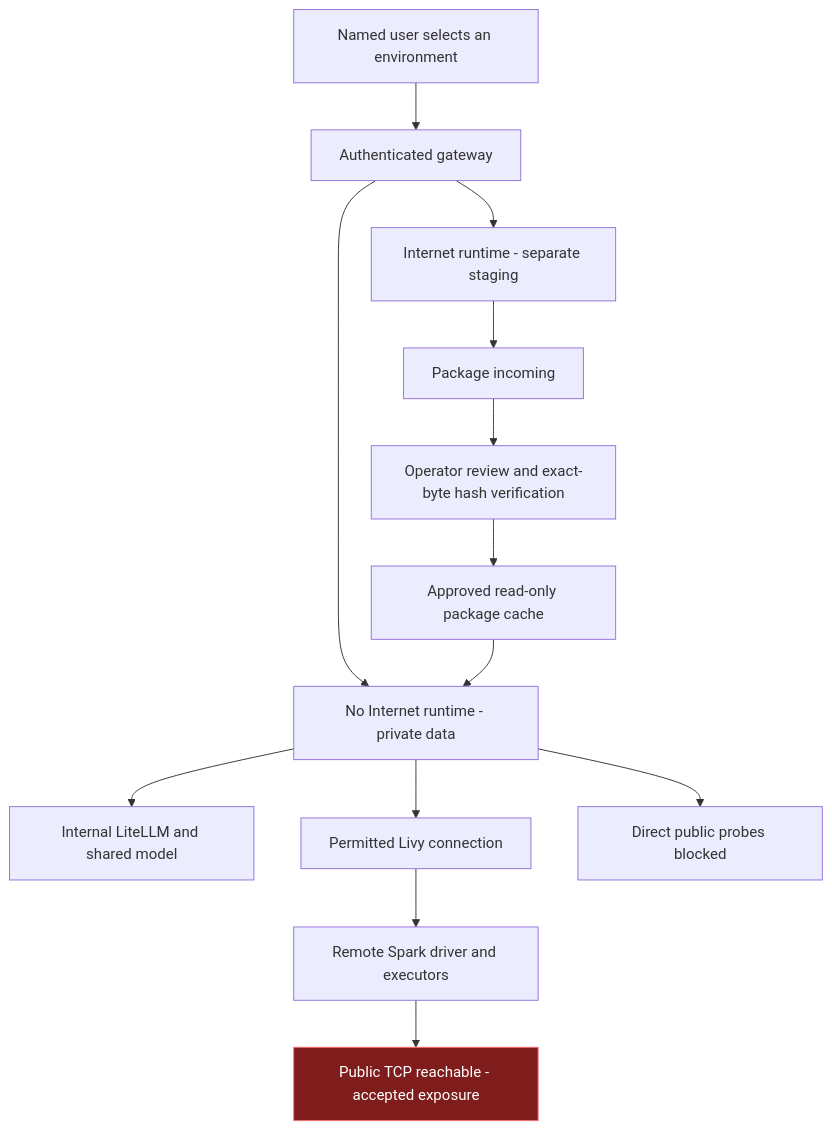
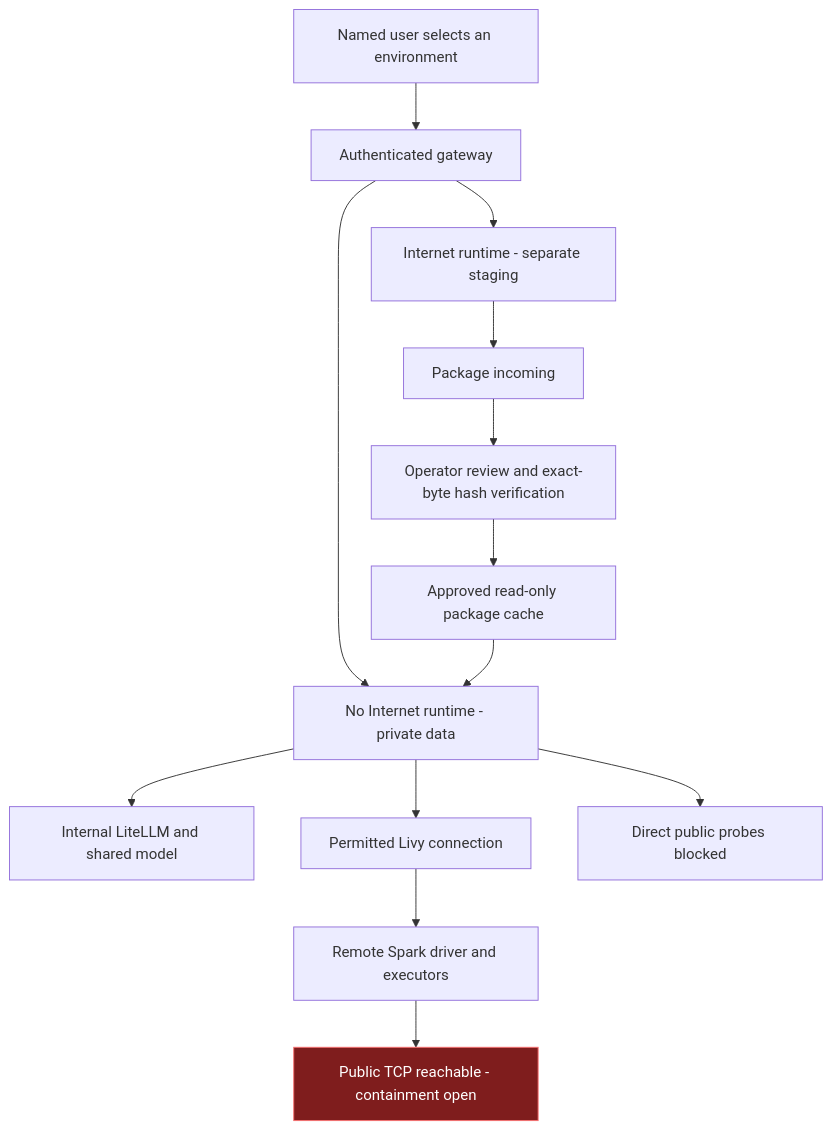
One commit to skunpoj/dsh_setup changed the first of 3 diagrams in docs/DSH_RDT_PILOT_SECURITY_CONTROL_ASSESSMENT.md. Above: the diagram before and after it, drawn with Mermaid. The commit also changed other lines of this file and 14 other files, not shown here.

````diff
--- a/docs/DSH_RDT_PILOT_SECURITY_CONTROL_ASSESSMENT.md
+++ b/docs/DSH_RDT_PILOT_SECURITY_CONTROL_ASSESSMENT.md
@@ -53,17 +55,17 @@
 ```mermaid
 flowchart TB
  U[Named user selects an environment] --> G[Authenticated gateway]
  G --> S[No Internet runtime - private data]
  G --> I[Internet runtime - separate staging]
  S --> M[Internal LiteLLM and shared model]
  S --> L[Permitted Livy connection]
  L --> R[Remote Spark driver and executors]
- R --> E[Public TCP reachable - accepted exposure]
+ R --> E[Public TCP reachable - containment open]
  S --> B[Direct public probes blocked]
  I --> P[Package incoming]
  P --> V[Operator review and exact-byte hash verification]
  V --> C[Approved read-only package cache]
  C --> S
  classDef exposure fill:#7f1d1d,stroke:#f87171,color:#ffffff
  class E exposure
 ```
````
